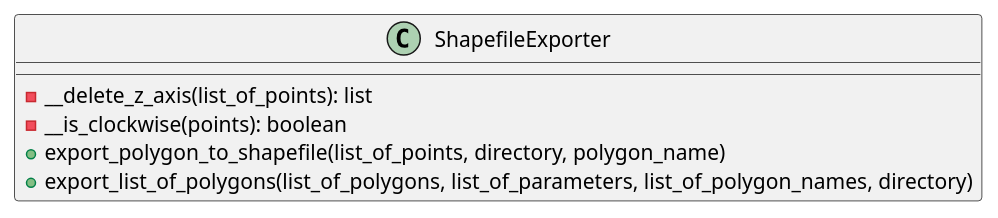
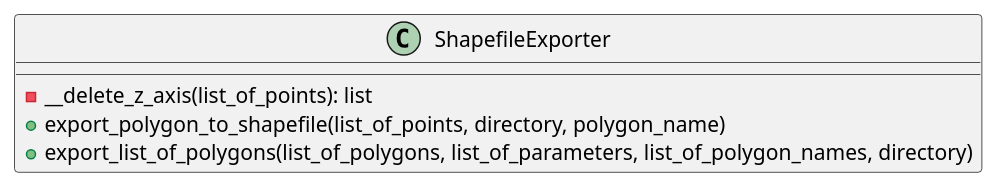
Before and after one commit to ferpoble2/Relief_Creator: the diagram in docs/classes/ShapefileExporter.puml, drawn with PlantUML. The commit also changed 8 other files, not shown here.

```diff
--- a/docs/classes/ShapefileExporter.puml
+++ b/docs/classes/ShapefileExporter.puml
@@ -1,9 +1,8 @@
 @startuml
 class ShapefileExporter {
     - __delete_z_axis(list_of_points): list
-    - __is_clockwise(points): boolean
     + export_polygon_to_shapefile(list_of_points, directory, polygon_name)
     + export_list_of_polygons(list_of_polygons, list_of_parameters, list_of_polygon_names, directory)
 }
 
 @enduml
```
